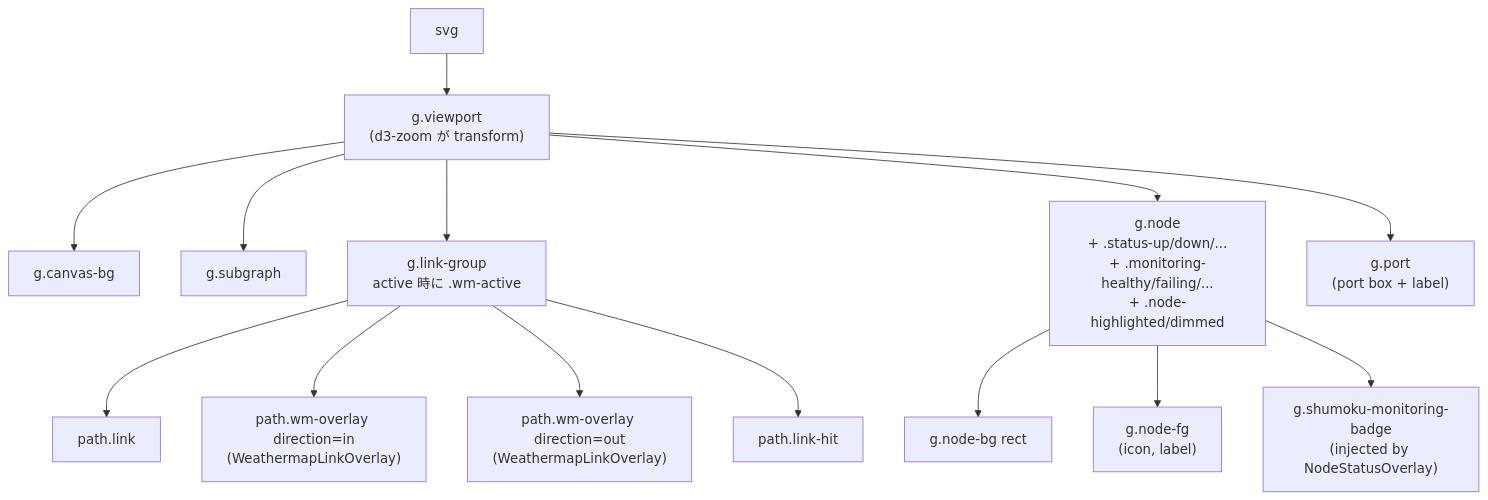
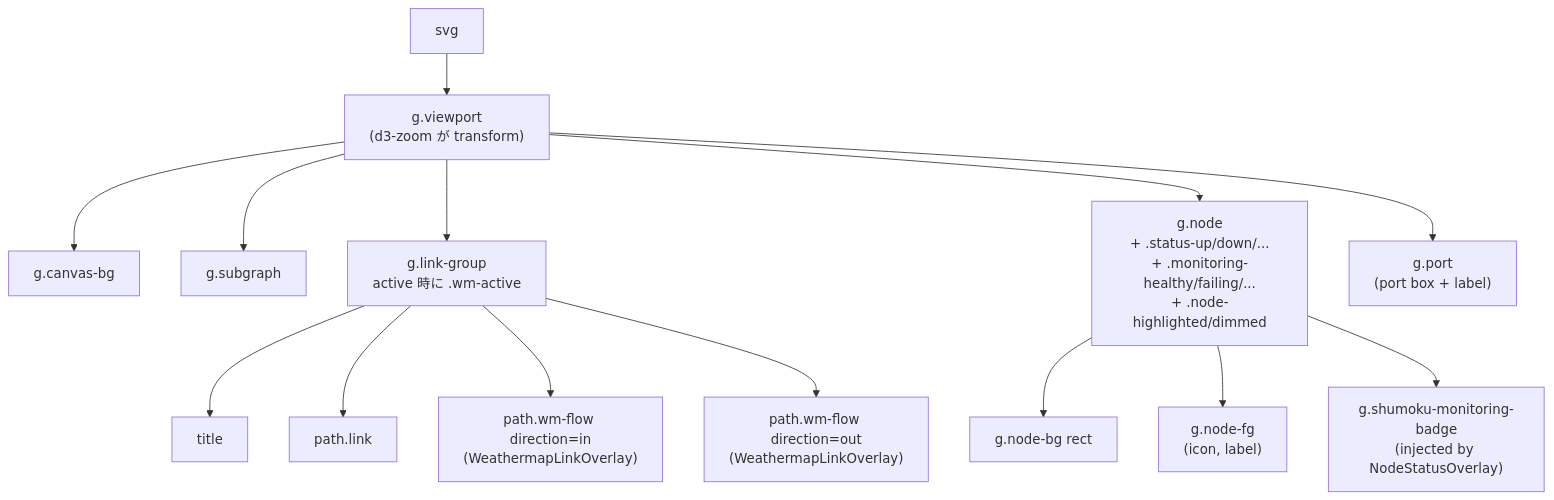
Before and after one commit to konoe-akitoshi/shumoku: the third of 6 diagrams in apps/server/docs/topology-rendering.md, drawn with Mermaid. The commit also changed other lines of this file and 10 other files, not shown here.

````diff
--- a/apps/server/docs/topology-rendering.md
+++ b/apps/server/docs/topology-rendering.md
@@ -381,31 +366,31 @@
 ```mermaid
 flowchart TD
   SVG["svg"]
   VP["g.viewport<br/>(d3-zoom が transform)"]
   CBG["g.canvas-bg"]
   SGS["g.subgraph"]
   LG["g.link-group<br/>active 時に .wm-active"]
+  TT["title"]
   LK["path.link"]
-  WMI["path.wm-overlay direction=in<br/>(WeathermapLinkOverlay)"]
-  WMO["path.wm-overlay direction=out<br/>(WeathermapLinkOverlay)"]
-  LH["path.link-hit"]
+  WMI["path.wm-flow direction=in<br/>(WeathermapLinkOverlay)"]
+  WMO["path.wm-flow direction=out<br/>(WeathermapLinkOverlay)"]
   N["g.node<br/>+ .status-up/down/...<br/>+ .monitoring-healthy/failing/...<br/>+ .node-highlighted/dimmed"]
   NB["g.node-bg rect"]
   NF["g.node-fg<br/>(icon, label)"]
   MB["g.shumoku-monitoring-badge<br/>(injected by NodeStatusOverlay)"]
   P["g.port<br/>(port box + label)"]
 
   SVG --> VP
   VP --> CBG
   VP --> SGS
   VP --> LG
+  LG --> TT
   LG --> LK
   LG --> WMI
   LG --> WMO
-  LG --> LH
   VP --> N
   N --> NB
   N --> NF
   N --> MB
   VP --> P
 ```
````
